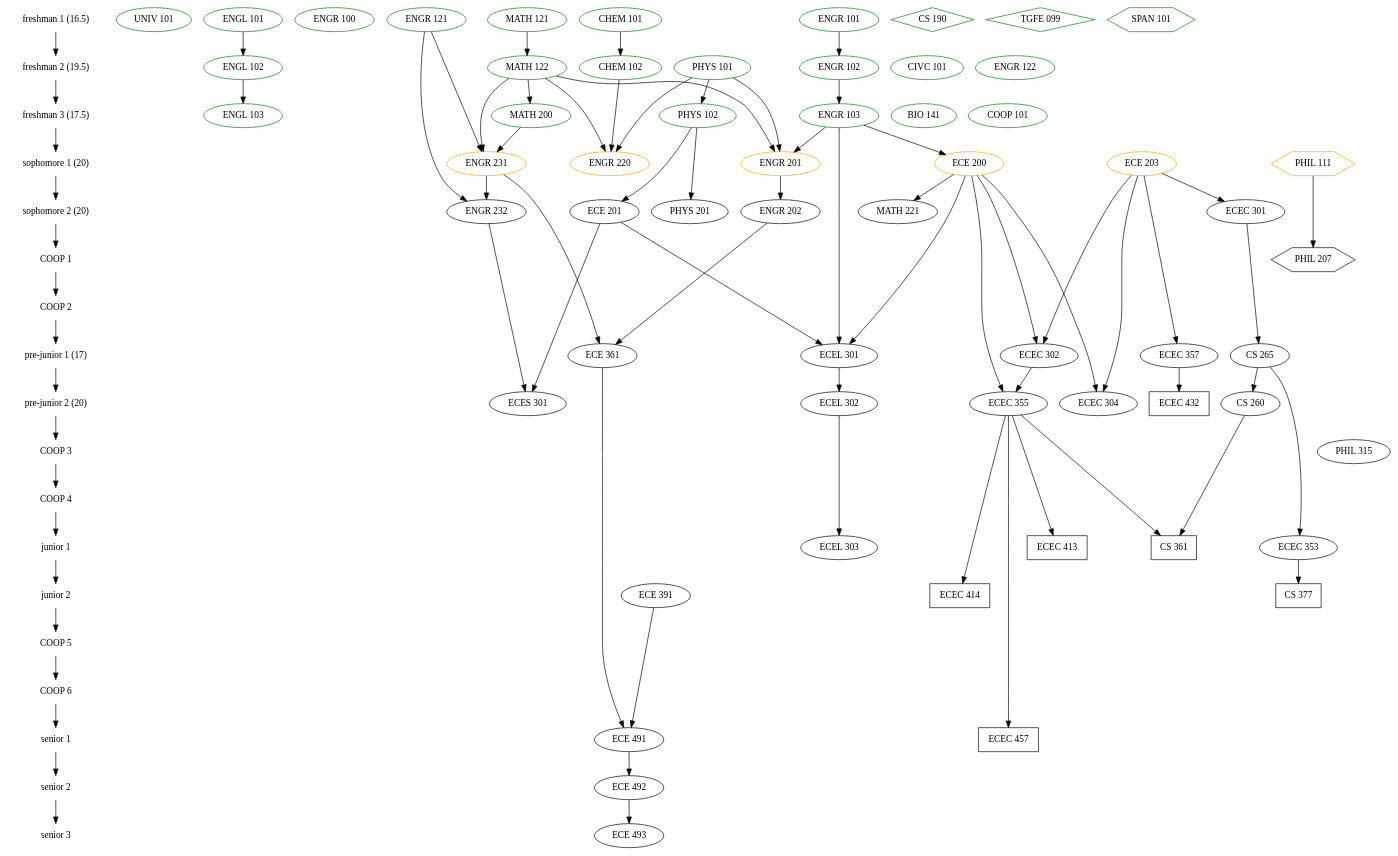
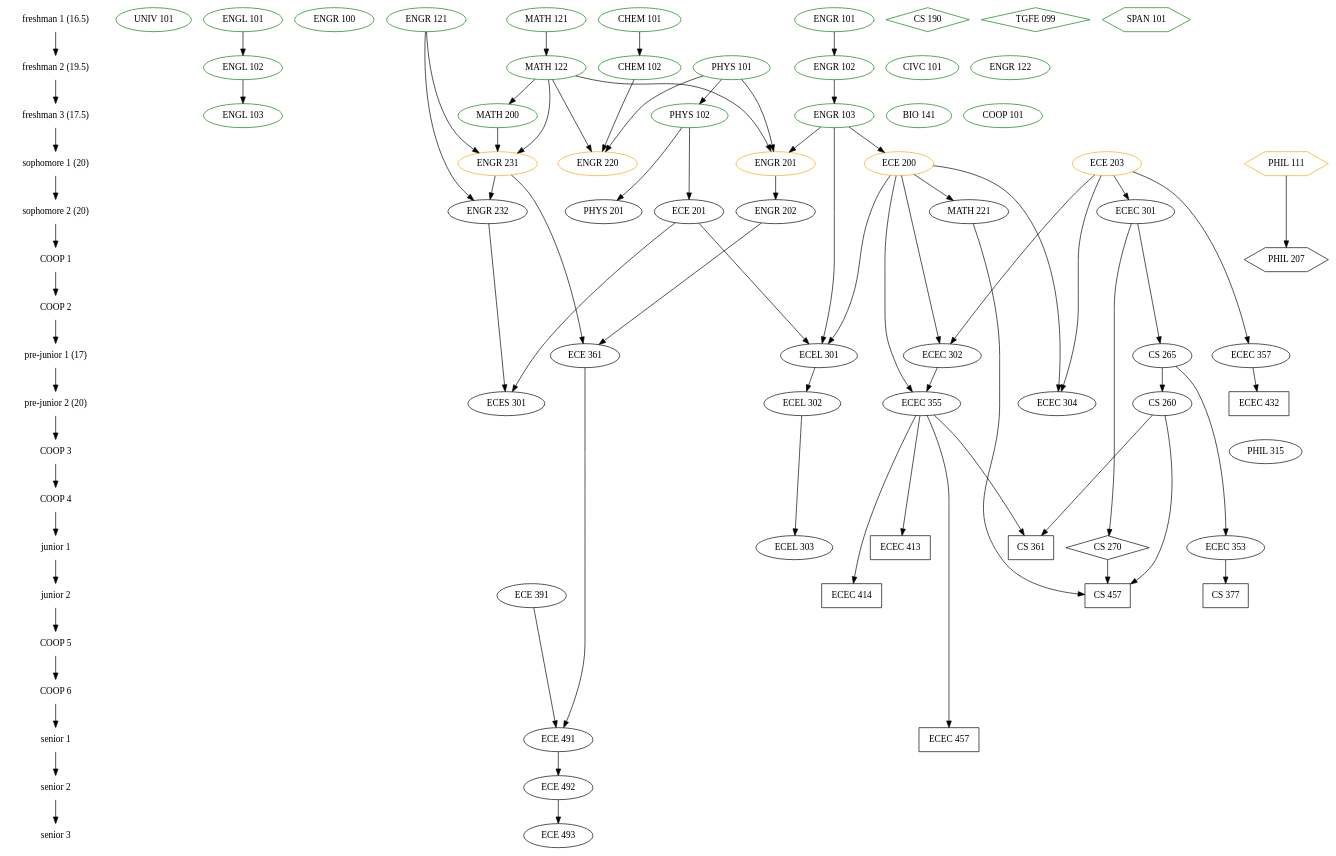
Before and after one commit to Theodus/coursework: the diagram in classes.gv, drawn with Graphviz. The commit also changed 1 other file, not shown here.

Commit message:
add more CS electives

```diff
--- a/classes.gv
+++ b/classes.gv
@@ -1,174 +1,178 @@
 /* Key:
 
 color:
 green = already taken
 orange = currently taking
 black = not taken
 
 shape:
 ellipse = fixed major degree requirement
 box = major degree elective
 diamond = free elective
 hexagon = general education elective
 */
 
 digraph Classes {
 
   { node [shape=plaintext]
     "freshman 1 (16.5)" ->
     "freshman 2 (19.5)" ->
     "freshman 3 (17.5)" ->
     "sophomore 1 (20)" ->
     "sophomore 2 (20)" ->
     "COOP 1" ->
     "COOP 2" ->
     "pre-junior 1 (17)" ->
     "pre-junior 2 (20)" ->
     "COOP 3" ->
     "COOP 4" ->
     "junior 1" ->
     "junior 2" ->
     "COOP 5" ->
     "COOP 6" ->
     "senior 1" ->
     "senior 2" ->
     "senior 3"
   }
 
   { node [color=green]
     { rank=same "freshman 1 (16.5)"
       "UNIV 101"
       "ENGL 101"
       "ENGR 100"
       "CHEM 101"
       "ENGR 101"
       "ENGR 121"
       "MATH 121"
 
       // AP Credit
       "CS 190" [shape=diamond]
       "TGFE 099" [shape=diamond]
       "SPAN 101" [shape=hexagon]
     }
     { rank=same "freshman 2 (19.5)"
       "CIVC 101"
       "ENGL 102"
       "CHEM 102"
       "ENGR 102"
       "ENGR 122"
       "MATH 122"
       "PHYS 101"
     }
   }
   { node [color=green]
     { rank=same "freshman 3 (17.5)"
       "ENGL 103"
       "ENGR 103"
       "BIO 141"
       "COOP 101"
       "PHYS 102"
       "MATH 200"
     }
   }
   { node [color=orange]
     { rank=same "sophomore 1 (20)"
       "ENGR 201"
       "ENGR 220"
       "ENGR 231"
       "ECE 203"
       "ECE 200"
       "PHIL 111" [shape=hexagon]
     }
   }
   { rank=same "sophomore 2 (20)"
     "ECE 201"
     "ENGR 202"
     "ENGR 232"
     "MATH 221"
     "PHYS 201"
     "ECEC 301"
   }
   { rank=same "COOP 1"
     "PHIL 207" [shape=hexagon]
   }
   { rank=same "pre-junior 1 (17)"
     "CS 265"
     "ECEC 302"
     "ECEL 301"
     "ECE 361"
     "ECEC 357"
   }
   { rank=same "pre-junior 2 (20)"
     "CS 260"
     "ECEC 304"
     "ECEC 355"
     "ECEL 302"
     "ECES 301"
     "ECEC 432" [shape=box]
   }
   { rank=same "COOP 3"
     "PHIL 315"
   }
   { rank=same "junior 1"
     "ECEC 353"
     "ECEL 303"
     "ECEC 413" [shape=box]
     "CS 361" [shape=box]
+    "CS 270" [shape=diamond]
   }
   { rank=same "junior 2"
     "CS 377" [shape=box]
     "ECE 391"
     "ECEC 414" [shape=box]
+    "CS 457" [shape=box]
   }
   { rank=same "senior 1"
     "ECE 491"
     "ECEC 457" [shape=box]
   }
   { rank=same "senior 2"
     "ECE 492"
   }
   { rank=same "senior 3"
     "ECE 493"
   }
 
   // General Education/Liberal Studies
 
   "CIVC 101"
   "ENGL 101" -> "ENGL 102" -> "ENGL 103"
   "PHIL 315"
   "UNIV 101"
 
   "PHIL 111" -> "PHIL 207"
 
   // Foundation Requirements
 
   "BIO 141"
   "CHEM 101" -> "CHEM 102"
   "PHYS 101" -> "PHYS 102" -> "PHYS 201"
   "PHYS 102" -> "ECE 201"
   "MATH 121" -> "MATH 122" -> "MATH 200" -> "ENGR 231"
   "ENGR 101" -> "ENGR 102" -> "ENGR 103" -> "ECE 200" -> "MATH 221"
   "ECE 203"
   {"MATH 122" "PHYS 101" "ENGR 103"} -> "ENGR 201" -> "ENGR 202"
   {"CHEM 102" "MATH 122" "PHYS 101"} -> "ENGR 220"
   {"MATH 122" "ENGR 121"} -> "ENGR 231"
   {"ENGR 231" "ENGR 121"} -> "ENGR 232"
 
   // Professional Requirements
 
   "ECE 203" -> "ECEC 301" -> "CS 265" -> "CS 260"
   {"ENGR 202" "ENGR 231"} -> "ECE 361"
   {"ECE 391" "ECE 361"} -> "ECE 491" -> "ECE 492" -> "ECE 493"
   {"ECE 203" "ECE 200"} -> "ECEC 302"
   {"ECE 200" "ECE 203"} -> "ECEC 304"
   "CS 265" -> "ECEC 353"
   {"ECE 200" "ECEC 302"} -> "ECEC 355" -> {"ECEC 413" "ECEC 414" "ECEC 457" }
   "ECE 203" -> "ECEC 357" -> "ECEC 432"
   {"ENGR 103" "ECE 200" "ECE 201"} -> "ECEL 301" -> "ECEL 302" -> "ECEL 303"
   {"ENGR 232" "ECE 201"} -> "ECES 301"
 
-  // Extra CS cources (Free and ECE/COE/BMES 300+ electives)
+  // Free and ECE/COE/BMES 300+ electives
 
   "ECEC 353" -> "CS 377"
   {"CS 260" "ECEC 355"} -> "CS 361"
+  "ECEC 301" -> "CS 270"
+  {"CS 260" "CS 270" "MATH 221"} -> "CS 457"
 }
```
